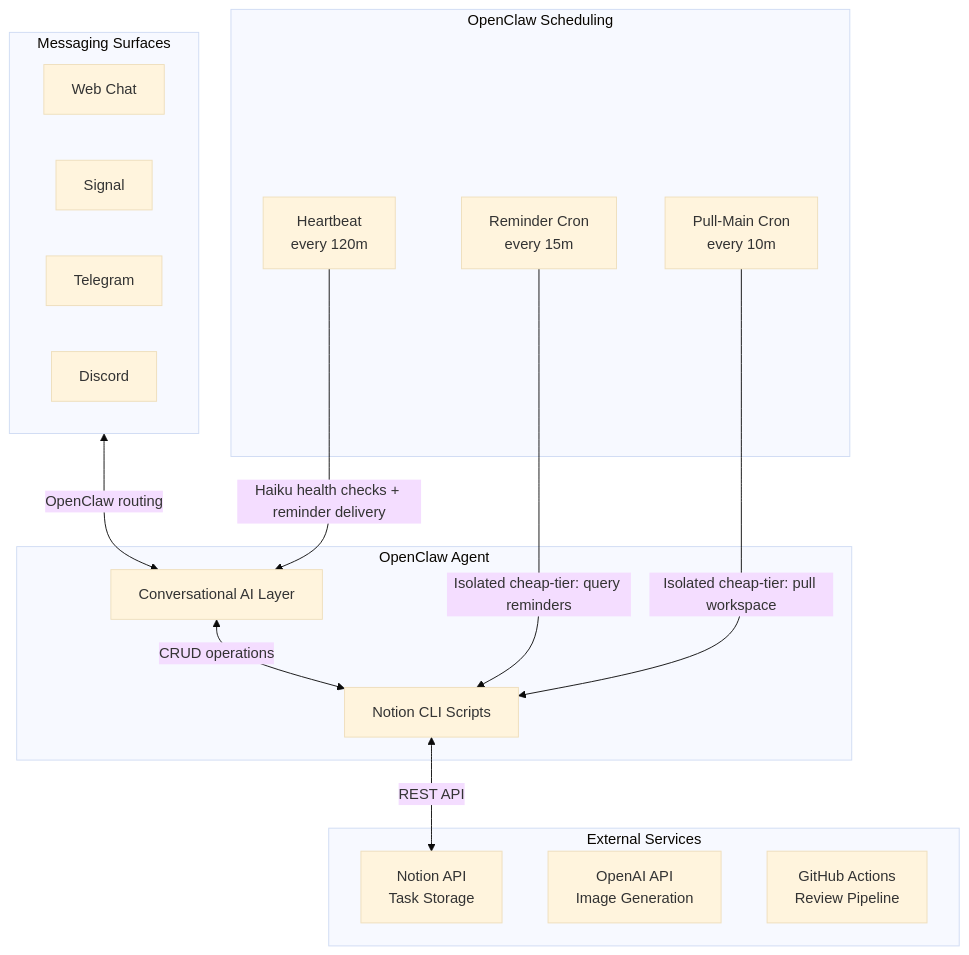
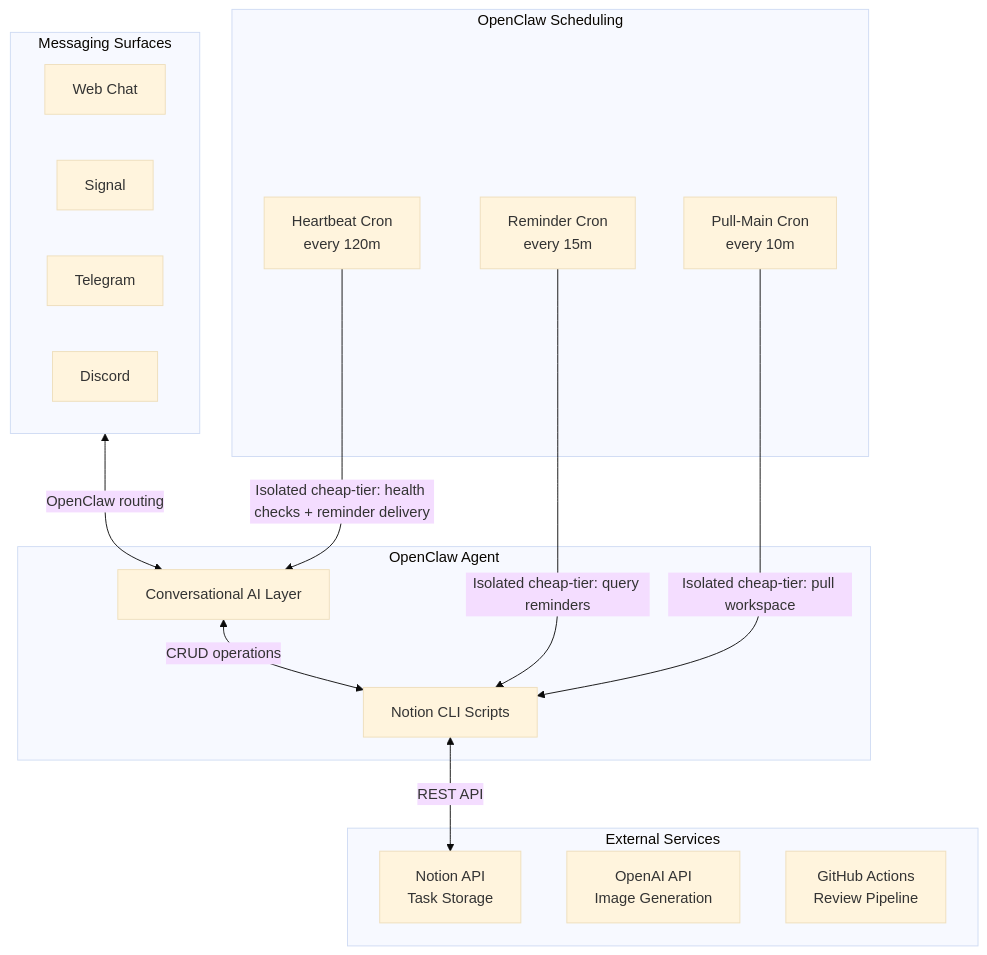
The first of 6 diagrams in docs/architecture.md (NickBorgersProbably/hide-my-list), drawn with Mermaid (base theme) before and after one commit. The commit also changed other lines of this file and 22 other files, not shown here.

Commit message:
Replace built-in heartbeat with cron job

````diff
--- a/docs/architecture.md
+++ b/docs/architecture.md
@@ -16,33 +16,33 @@
 ```mermaid
 flowchart TB
     subgraph Agent["OpenClaw Agent"]
         AI[Conversational AI Layer]
         Scripts[Notion CLI Scripts]
     end
 
     subgraph Scheduling["OpenClaw Scheduling"]
-        Heartbeat[Heartbeat<br/>every 120m]
+        HeartbeatCron[Heartbeat Cron<br/>every 120m]
         ReminderCron[Reminder Cron<br/>every 15m]
         PullMainCron[Pull-Main Cron<br/>every 10m]
     end
 
     subgraph Messaging["Messaging Surfaces"]
         Web[Web Chat]
         Signal[Signal]
         Telegram[Telegram]
         Discord[Discord]
     end
 
     subgraph External["External Services"]
         Notion[Notion API<br/>Task Storage]
         OpenAI[OpenAI API<br/>Image Generation]
         GitHub[GitHub Actions<br/>Review Pipeline]
     end
 
     Messaging <-->|OpenClaw routing| AI
     AI <-->|CRUD operations| Scripts
     Scripts <-->|REST API| Notion
     ReminderCron -->|Isolated cheap-tier: query reminders| Scripts
     PullMainCron -->|Isolated cheap-tier: pull workspace| Scripts
-    Heartbeat -->|Haiku health checks + reminder delivery| AI
+    HeartbeatCron -->|Isolated cheap-tier: health checks + reminder delivery| AI
 ```
````
